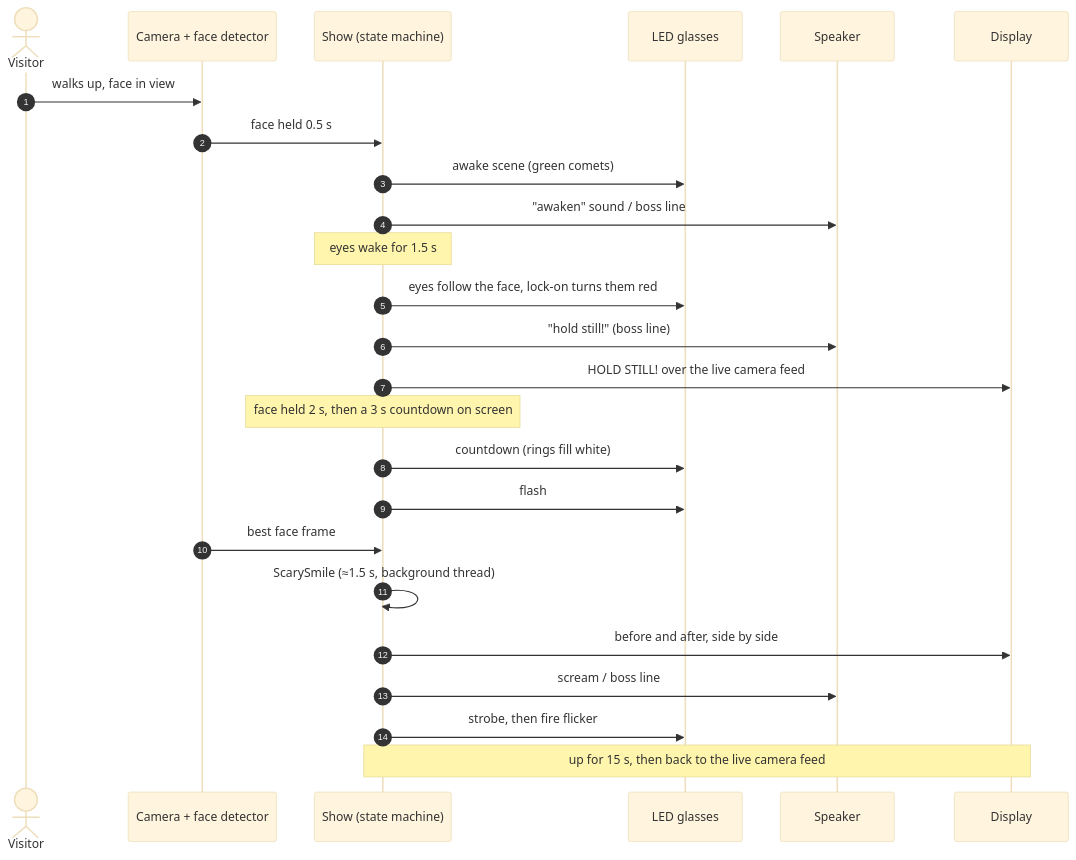
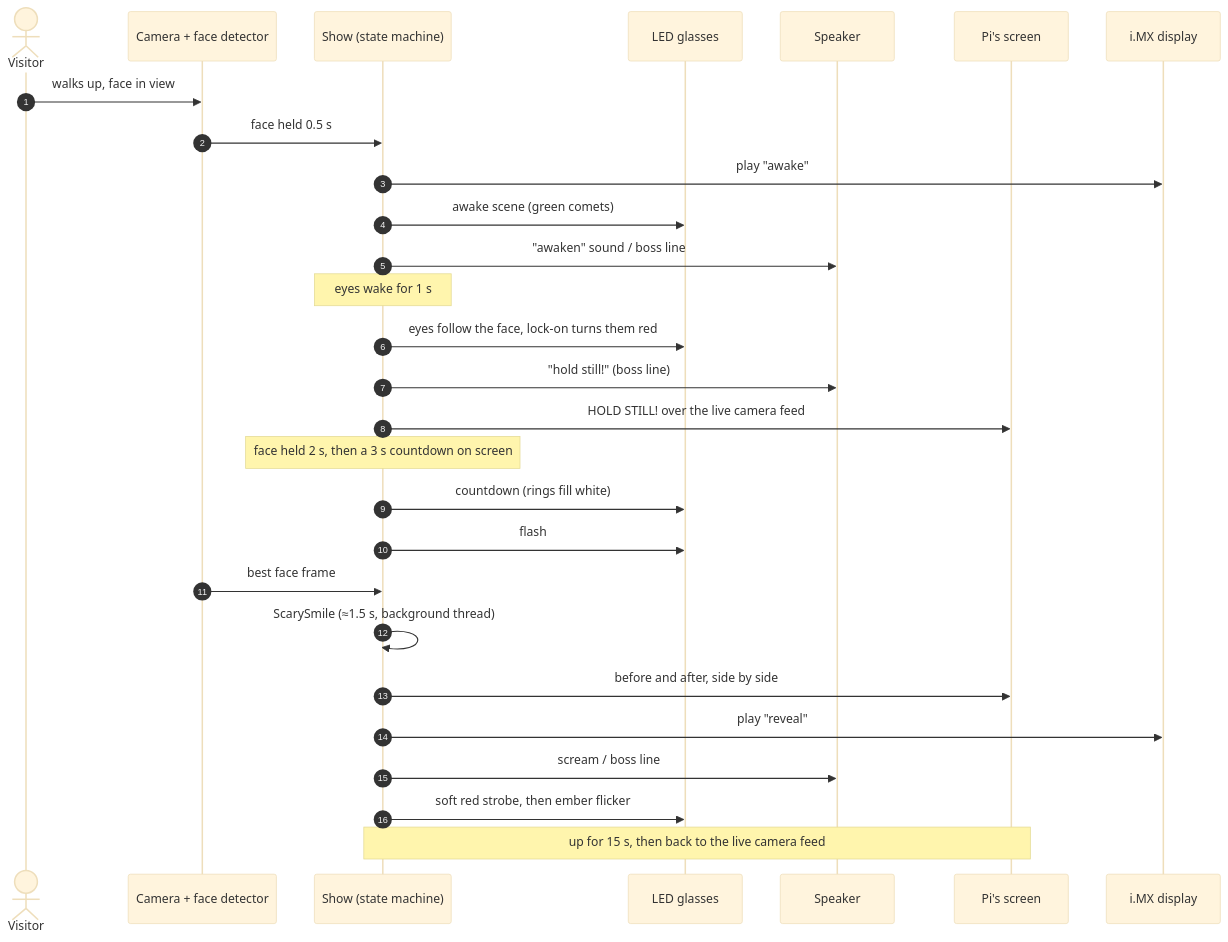
One commit to mxmrsn/spooky-pi changed the diagram in docs/diagrams/visit.mmd. Above: the diagram before and after it, drawn with Mermaid (base theme). The commit also changed 40 other files, not shown here.

```diff
--- a/docs/diagrams/visit.mmd
+++ b/docs/diagrams/visit.mmd
@@ -1,26 +1,29 @@
 sequenceDiagram
     autonumber
     actor V as Visitor
     participant C as Camera + face detector
     participant S as Show (state machine)
     participant G as LED glasses
     participant A as Speaker
-    participant D as Display
+    participant D as Pi's screen
+    participant I as i.MX display
 
     V->>C: walks up, face in view
     C->>S: face held 0.5 s
+    S->>I: play "awake"
     S->>G: awake scene (green comets)
     S->>A: "awaken" sound / boss line
-    Note over S: eyes wake for 1.5 s
+    Note over S: eyes wake for 1 s
     S->>G: eyes follow the face, lock-on turns them red
     S->>A: "hold still!" (boss line)
     S->>D: HOLD STILL! over the live camera feed
     Note over S: face held 2 s, then a 3 s countdown on screen
     S->>G: countdown (rings fill white)
     S->>G: flash
     C->>S: best face frame
     S->>S: ScarySmile (≈1.5 s, background thread)
     S->>D: before and after, side by side
+    S->>I: play "reveal"
     S->>A: scream / boss line
-    S->>G: strobe, then fire flicker
+    S->>G: soft red strobe, then ember flicker
     Note over S,D: up for 15 s, then back to the live camera feed
```
